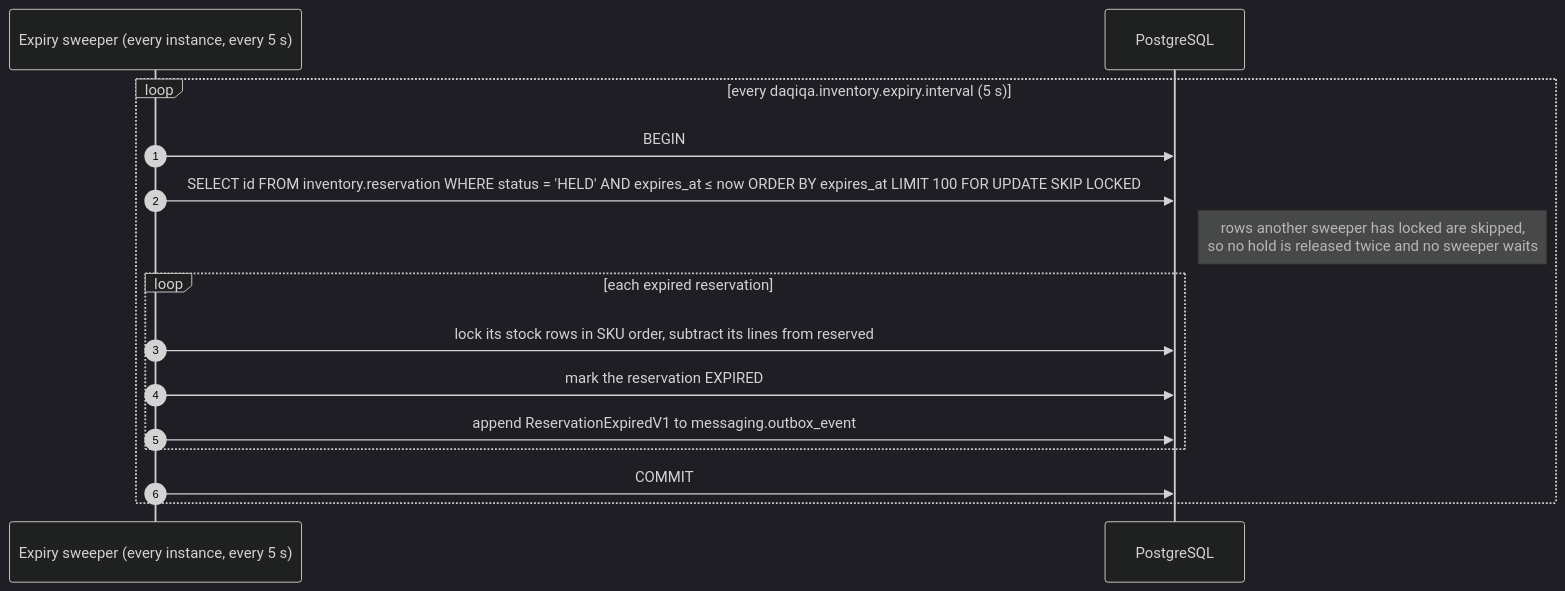
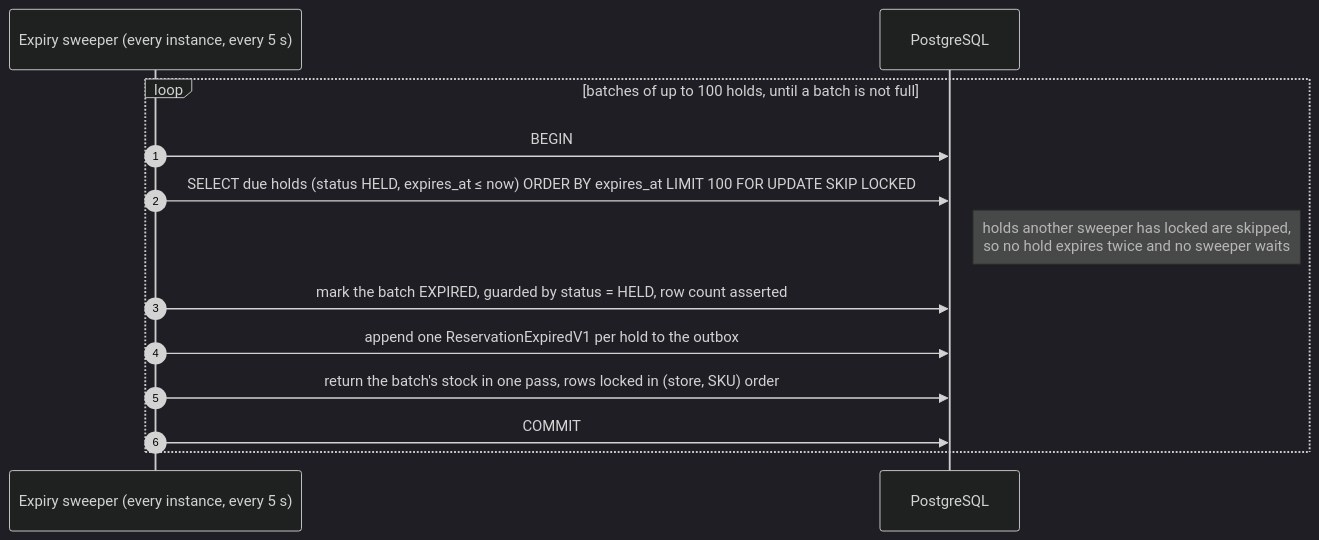
The seventh of 9 diagrams in docs/architecture/overview.md (asemdreibati/daqiqa), drawn with Mermaid (dark theme) before and after one commit. The commit also changed other lines of this file, not shown here.

First line of the commit message:
docs: update the architecture guide to the integrated wave 1

````diff
--- a/docs/architecture/overview.md
+++ b/docs/architecture/overview.md
@@ -384,18 +414,16 @@
 ```mermaid
 sequenceDiagram
     autonumber
     participant S as Expiry sweeper (every instance, every 5 s)
     participant DB as PostgreSQL
 
-    loop every daqiqa.inventory.expiry.interval (5 s)
+    loop batches of up to 100 holds, until a batch is not full
         S->>DB: BEGIN
-        S->>DB: SELECT id FROM inventory.reservation WHERE status = 'HELD' AND expires_at ≤ now ORDER BY expires_at LIMIT 100 FOR UPDATE SKIP LOCKED
-        Note right of DB: rows another sweeper has locked are skipped,<br/>so no hold is released twice and no sweeper waits
-        loop each expired reservation
-            S->>DB: lock its stock rows in SKU order, subtract its lines from reserved
-            S->>DB: mark the reservation EXPIRED
-            S->>DB: append ReservationExpiredV1 to messaging.outbox_event
-        end
+        S->>DB: SELECT due holds (status HELD, expires_at ≤ now) ORDER BY expires_at LIMIT 100 FOR UPDATE SKIP LOCKED
+        Note right of DB: holds another sweeper has locked are skipped,<br/>so no hold expires twice and no sweeper waits
+        S->>DB: mark the batch EXPIRED, guarded by status = HELD, row count asserted
+        S->>DB: append one ReservationExpiredV1 per hold to the outbox
+        S->>DB: return the batch's stock in one pass, rows locked in (store, SKU) order
         S->>DB: COMMIT
     end
 ```
````
